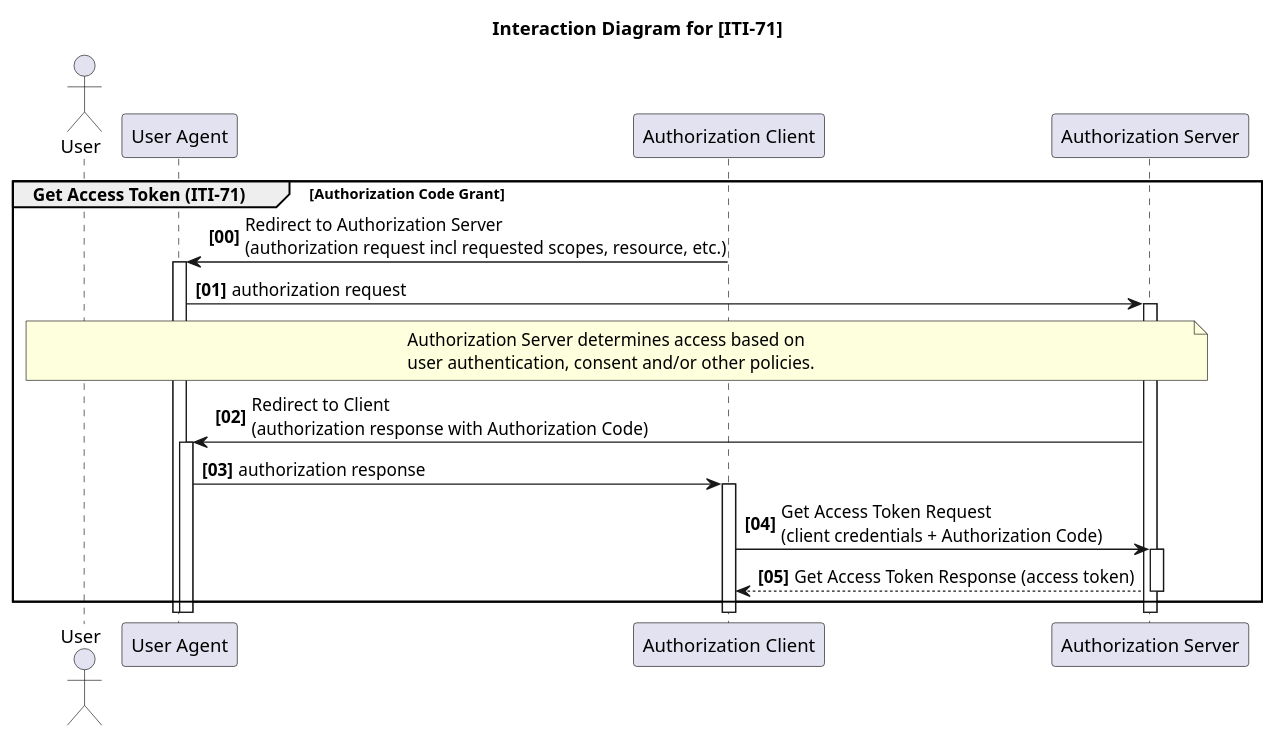
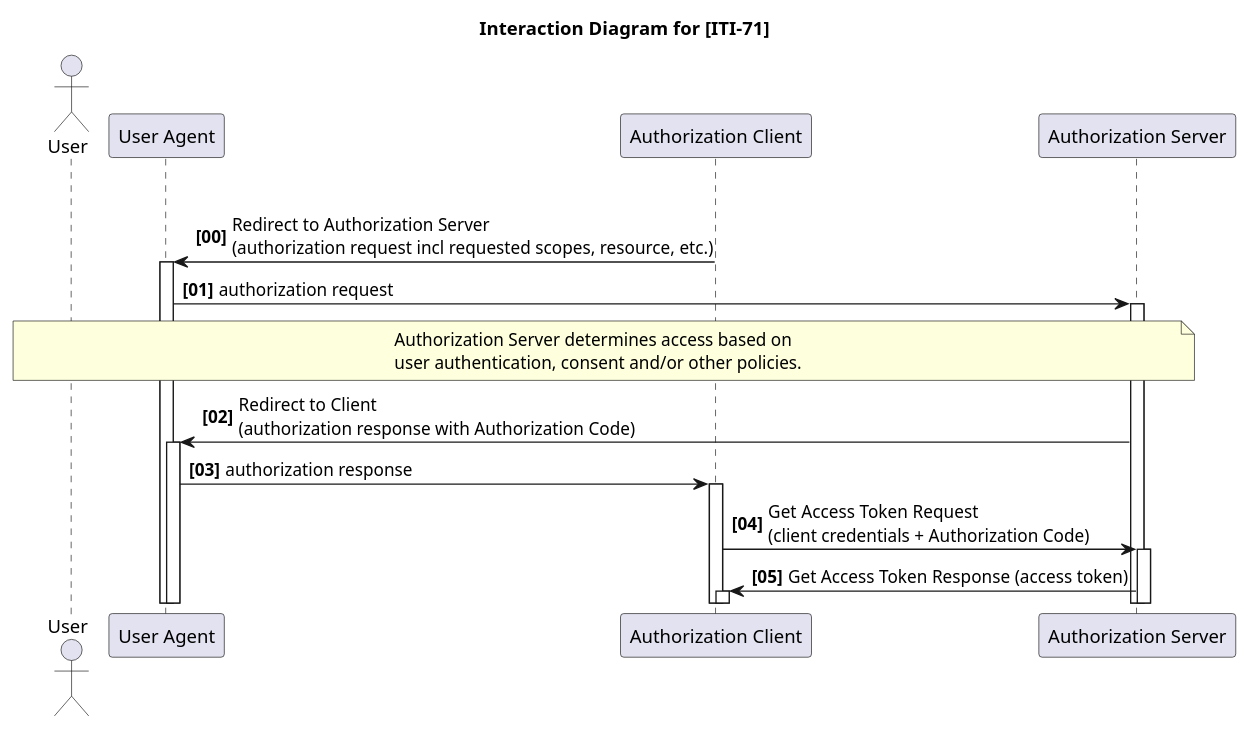
One commit to ehealthsuisse/ch-epr-fhir changed the diagram in input/images-source/IUA_ActorDiagram_ITI-71.plantuml. Above: the diagram before and after it, drawn with PlantUML. The commit also changed 1 other file, not shown here.

Commit message:
fix plantuml diagrams

```diff
--- a/input/images-source/IUA_ActorDiagram_ITI-71.plantuml
+++ b/input/images-source/IUA_ActorDiagram_ITI-71.plantuml
@@ -1,30 +1,29 @@
 @startuml 
 
 title Interaction Diagram for [ITI-71]
 
 actor User
 
 participant "User Agent" as UserAgent
 participant "Authorization Client" as Client
 participant "Authorization Server" as AuthzServer
 
 autonumber 0 1 "<b>[00]</b>"
 autoactivate on
 
 group Get Access Token (ITI-71) [Authorization Code Grant]
 Client -> UserAgent: Redirect to Authorization Server \n(authorization request incl requested scopes, resource, etc.)
 UserAgent -> AuthzServer: authorization request
 
 note over User, AuthzServer
   Authorization Server determines access based on
   user authentication, consent and/or other policies.
 end note
 
 AuthzServer -> UserAgent: Redirect to Client \n(authorization response with Authorization Code)
 UserAgent -> Client: authorization response
 
 Client -> AuthzServer: Get Access Token Request \n(client credentials + Authorization Code)
-AuthzServer --> Client: Get Access Token Response (access token)
-end
+AuthzServer -> Client: Get Access Token Response (access token)
 
 @enduml
```
